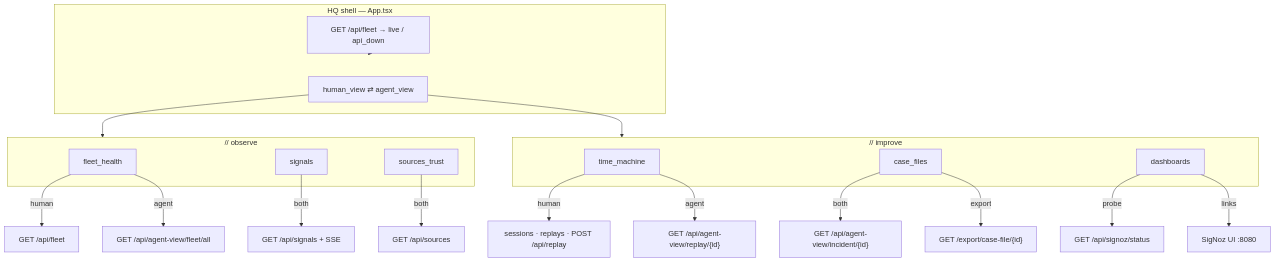
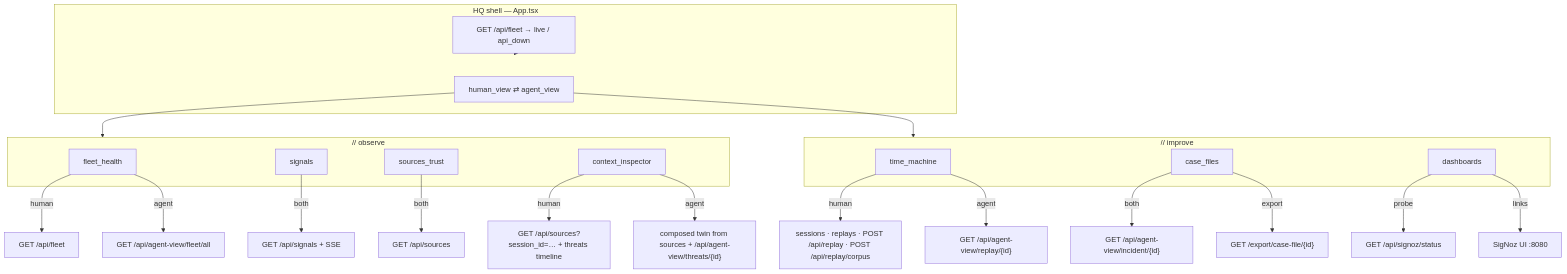
One commit to chiruu12/arcnet changed the second of 2 diagrams in docs/15-product-map.md. Above: the diagram before and after it, drawn with Mermaid. The commit also changed other lines of this file and 4 other files, not shown here.

````diff
--- a/docs/15-product-map.md
+++ b/docs/15-product-map.md
@@ -96,34 +96,37 @@
 ```mermaid
 flowchart TB
   subgraph shell["HQ shell — App.tsx"]
     Toggle["human_view ⇄ agent_view"]
     FleetProbe["GET /api/fleet → live / api_down"]
   end
 
   subgraph observe["// observe"]
     FH["fleet_health"]
     SIG["signals"]
     SRC["sources_trust"]
+    CI["context_inspector"]
   end
 
   subgraph improve["// improve"]
     TM["time_machine"]
     CF["case_files"]
     DB["dashboards"]
   end
 
   Toggle --> observe
   Toggle --> improve
   FleetProbe --> shell
 
   FH -->|human| API_F["GET /api/fleet"]
   FH -->|agent| API_AF["GET /api/agent-view/fleet/all"]
   SIG -->|both| API_S["GET /api/signals + SSE"]
   SRC -->|both| API_SRC["GET /api/sources"]
-  TM -->|human| API_TM["sessions · replays · POST /api/replay"]
+  CI -->|human| API_CI["GET /api/sources?session_id=… + threats timeline"]
+  CI -->|agent| API_CI_T["composed twin from sources + /api/agent-view/threats/{id}"]
+  TM -->|human| API_TM["sessions · replays · POST /api/replay · POST /api/replay/corpus"]
   TM -->|agent| API_AR["GET /api/agent-view/replay/{id}"]
   CF -->|both| API_INC["GET /api/agent-view/incident/{id}"]
   CF -->|export| API_ZIP["GET /export/case-file/{id}"]
   DB -->|probe| API_SZ["GET /api/signoz/status"]
   DB -->|links| SNUI["SigNoz UI :8080"]
 ```
````
